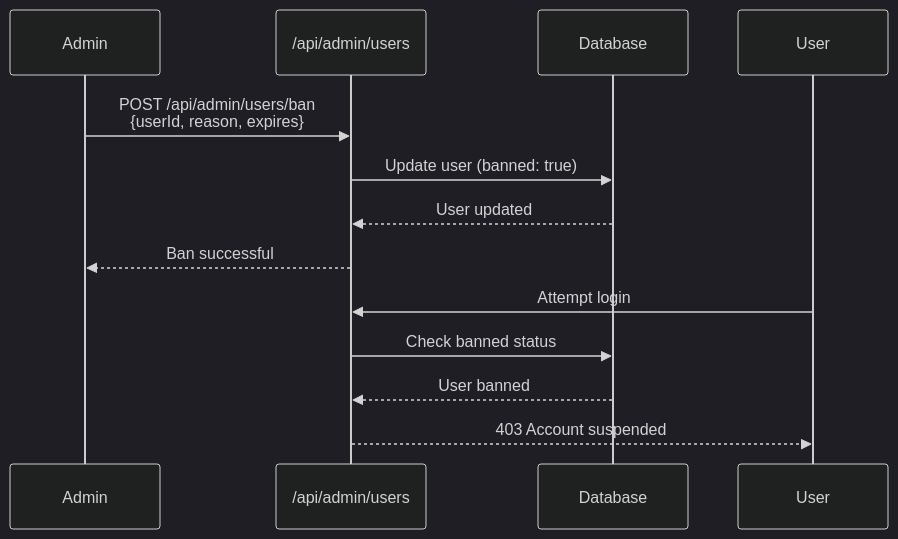
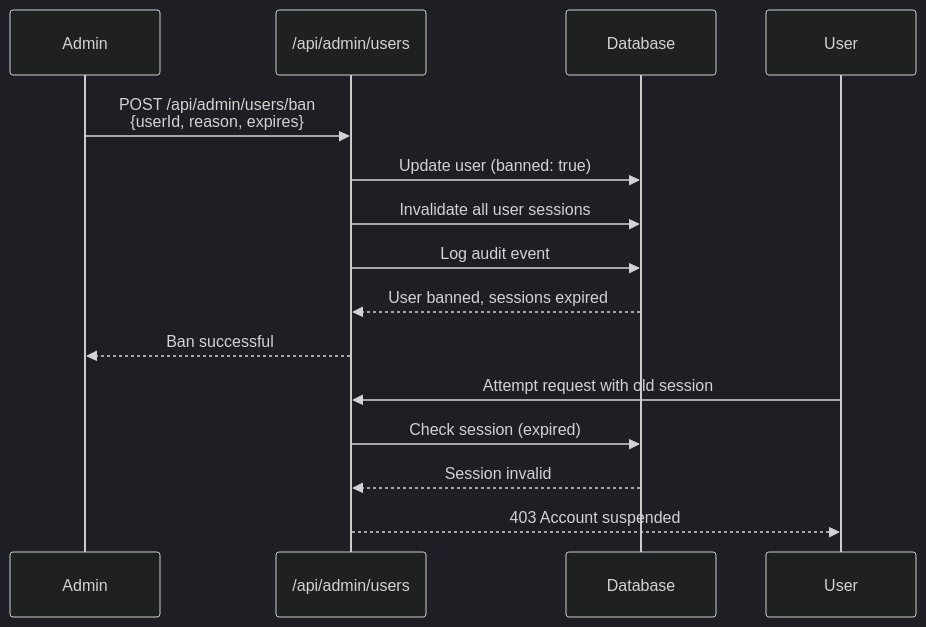
One commit to supercheck-io/supercheck changed the third of 4 diagrams in docs/specs/07-admin/SUPER_ADMIN_SYSTEM.md. Above: the diagram before and after it, drawn with Mermaid (dark theme). The commit also changed other lines of this file and 96 other files, not shown here.

Commit message:
feat: Implement session invalidation, custom domain status pages, API key hashing, and login lockout.

````diff
--- a/docs/specs/07-admin/SUPER_ADMIN_SYSTEM.md
+++ b/docs/specs/07-admin/SUPER_ADMIN_SYSTEM.md
@@ -203,17 +208,19 @@
 ```mermaid
 sequenceDiagram
     participant Admin
     participant API as /api/admin/users
     participant DB as Database
     participant User
 
     Admin->>API: POST /api/admin/users/ban<br/>{userId, reason, expires}
     API->>DB: Update user (banned: true)
-    DB-->>API: User updated
+    API->>DB: Invalidate all user sessions
+    API->>DB: Log audit event
+    DB-->>API: User banned, sessions expired
     API-->>Admin: Ban successful
 
-    User->>API: Attempt login
-    API->>DB: Check banned status
-    DB-->>API: User banned
+    User->>API: Attempt request with old session
+    API->>DB: Check session (expired)
+    DB-->>API: Session invalid
     API-->>User: 403 Account suspended
 ```
````
